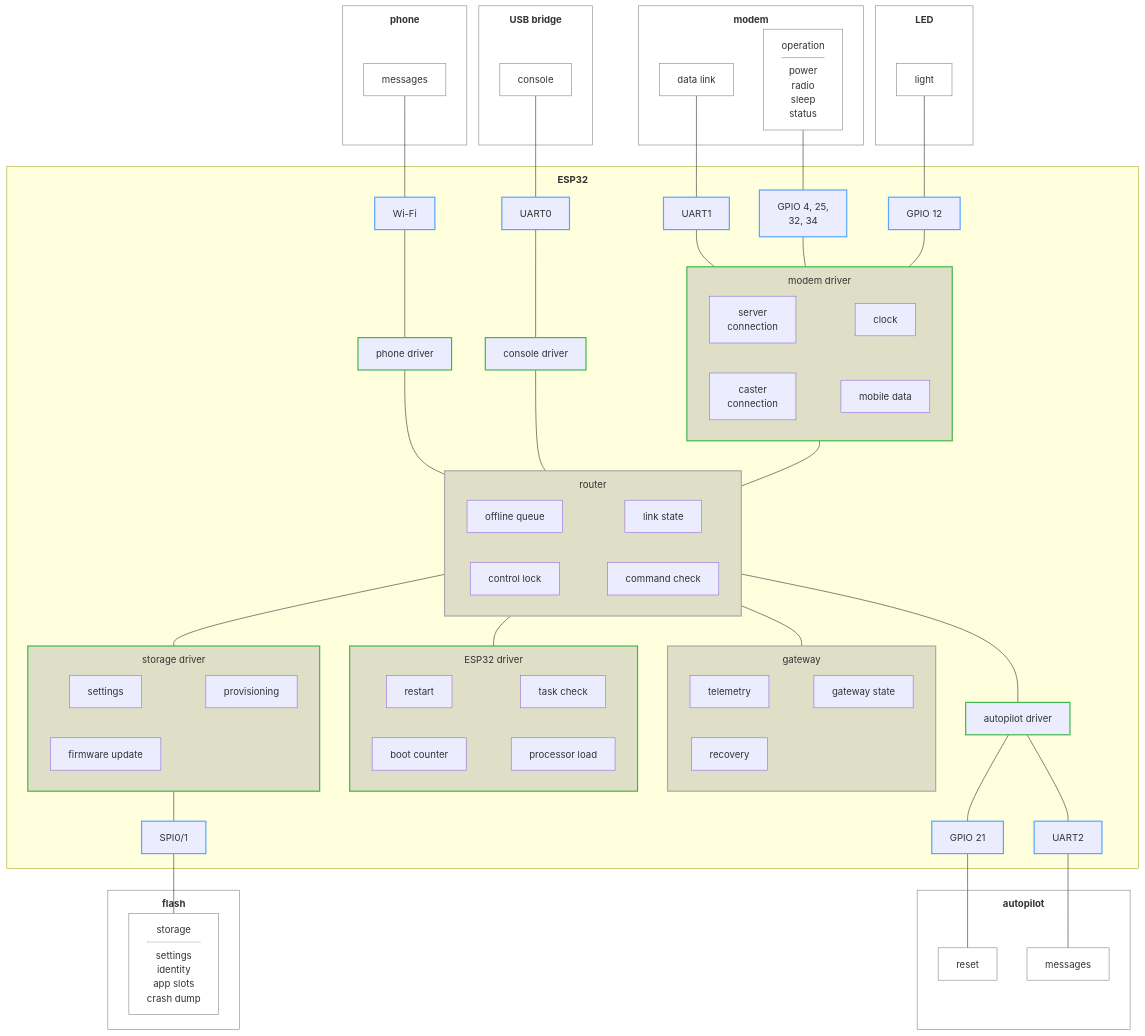
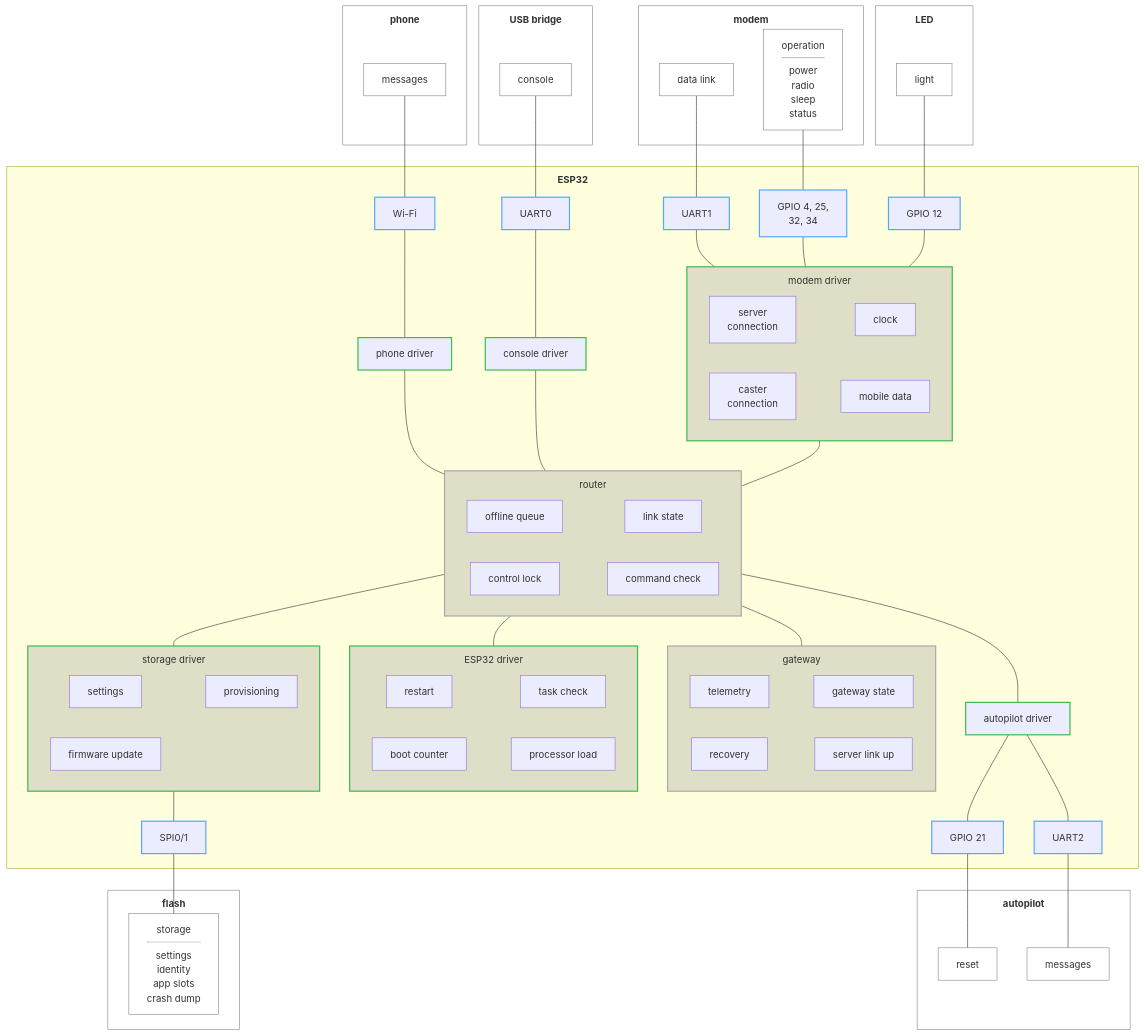
Before and after one commit to rmx-lt/rmx-mower-gateway: the diagram in .esp-architecture/diagrams/block-draft.md, drawn with Mermaid.

Commit message:
Draft: server link up in the gateway

````diff
--- a/.esp-architecture/diagrams/block-draft.md
+++ b/.esp-architecture/diagrams/block-draft.md
@@ -53,9 +53,9 @@
       tel["telemetry"]
       state["gateway state"]
       rec["recovery"]
-      p5[" "]
+      up["server link up"]
       tel ~~~ state
-      rec ~~~ p5
+      rec ~~~ up
     end
     subgraph esp["ESP32 driver"]
       rst["restart"]
@@ -108,7 +108,7 @@
   classDef ownerdriver fill:#8884,stroke:#3fb950,stroke-width:2px
   class conn,fs,esp ownerdriver
   classDef pad fill:none,stroke:none
-  class p2,p5 pad
+  class p2 pad
   classDef device fill:none,stroke:#888
   class modem,mdata,mctl,led,lparts,ap,amsg,areset,ph,pparts,usb,uparts,fl,fparts device
 ```
````
